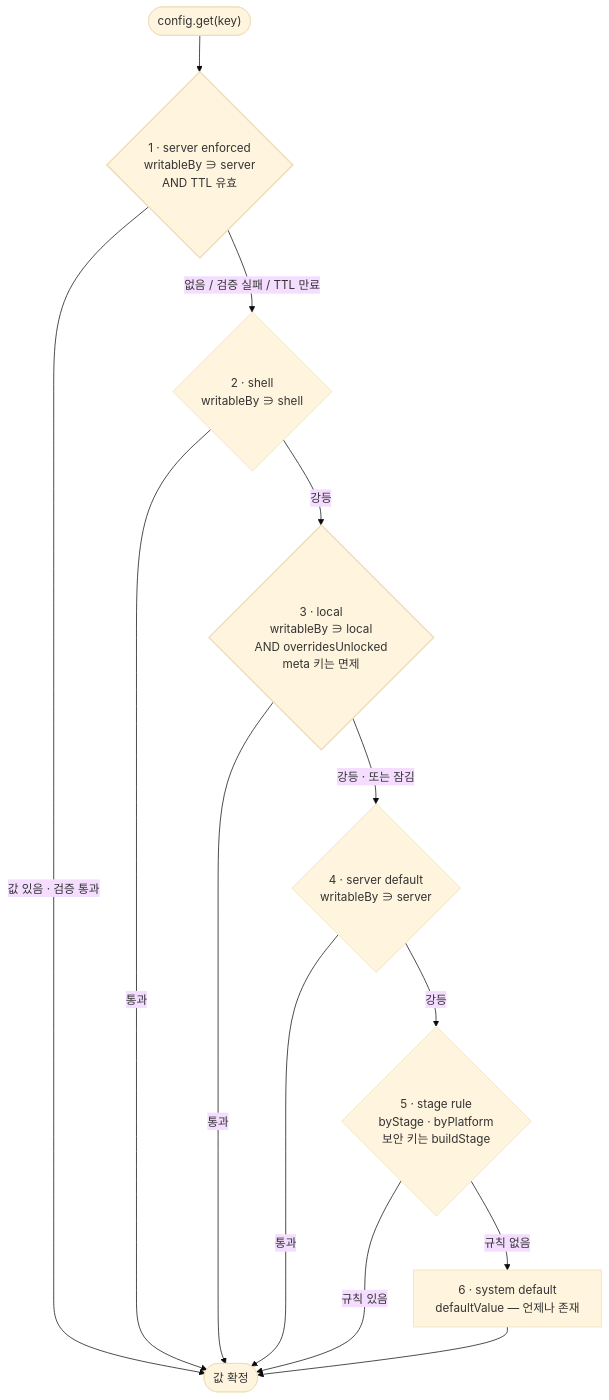
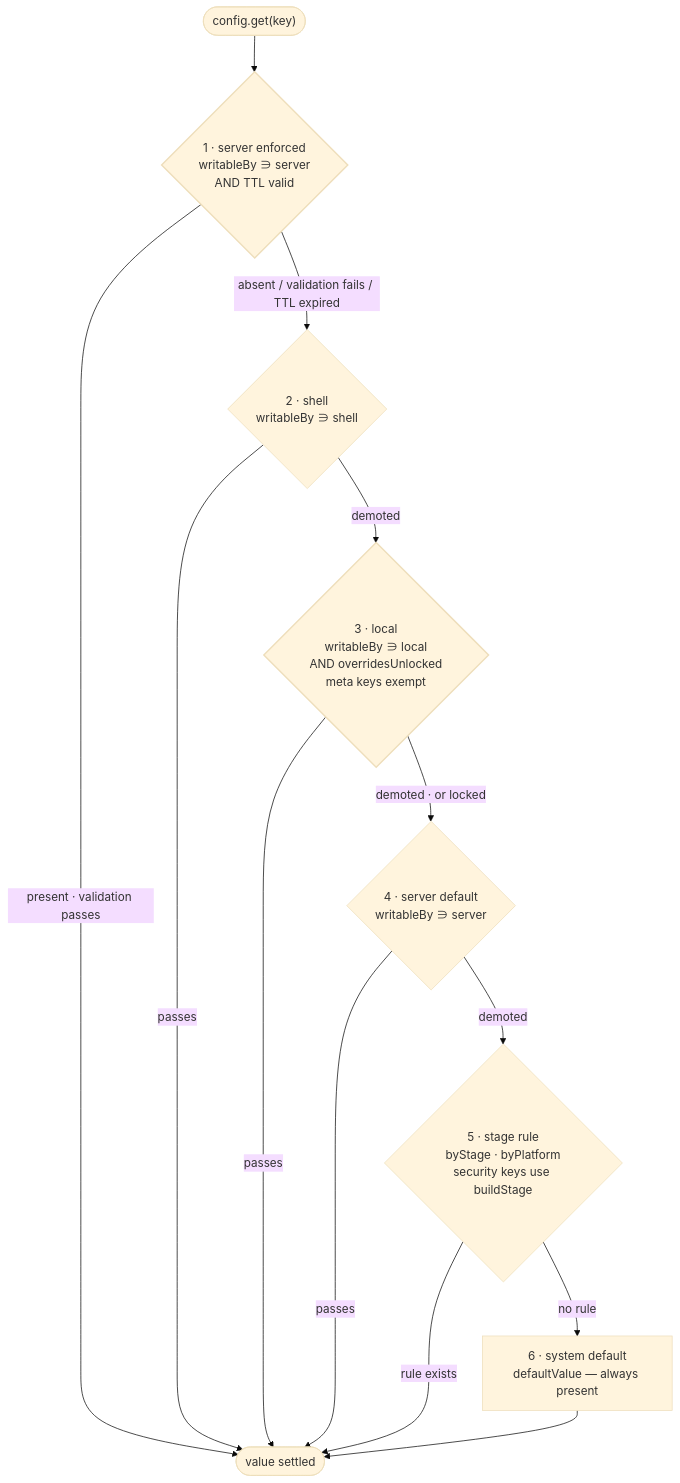
Before and after one commit to lemoncloud-io/dou-app: the second of 4 diagrams in docs/adr/0079-config-registry-and-lane-resolver.md, drawn with Mermaid (base theme). The commit also changed other lines of this file and 62 other files, not shown here.

````diff
--- a/docs/adr/0079-config-registry-and-lane-resolver.md
+++ b/docs/adr/0079-config-registry-and-lane-resolver.md
@@ -797,28 +887,28 @@
 ```mermaid
 flowchart TD
     Q(["config.get(key)"]) --> L1
 
-    L1{"1 · server enforced<br/>writableBy ∋ server<br/>AND TTL 유효"}
+    L1{"1 · server enforced<br/>writableBy ∋ server<br/>AND TTL valid"}
     L2{"2 · shell<br/>writableBy ∋ shell"}
-    L3{"3 · local<br/>writableBy ∋ local<br/>AND overridesUnlocked<br/>meta 키는 면제"}
+    L3{"3 · local<br/>writableBy ∋ local<br/>AND overridesUnlocked<br/>meta keys exempt"}
     L4{"4 · server default<br/>writableBy ∋ server"}
-    L5{"5 · stage rule<br/>byStage · byPlatform<br/>보안 키는 buildStage"}
-    L6["6 · system default<br/>defaultValue — 언제나 존재"]
+    L5{"5 · stage rule<br/>byStage · byPlatform<br/>security keys use buildStage"}
+    L6["6 · system default<br/>defaultValue — always present"]
 
-    V(["값 확정"])
+    V(["value settled"])
 
-    L1 -->|"값 있음 · 검증 통과"| V
-    L1 -->|"없음 / 검증 실패 / TTL 만료"| L2
-    L2 -->|"통과"| V
-    L2 -->|"강등"| L3
-    L3 -->|"통과"| V
-    L3 -->|"강등 · 또는 잠김"| L4
-    L4 -->|"통과"| V
-    L4 -->|"강등"| L5
-    L5 -->|"규칙 있음"| V
-    L5 -->|"규칙 없음"| L6
+    L1 -->|"present · validation passes"| V
+    L1 -->|"absent / validation fails / TTL expired"| L2
+    L2 -->|"passes"| V
+    L2 -->|"demoted"| L3
+    L3 -->|"passes"| V
+    L3 -->|"demoted · or locked"| L4
+    L4 -->|"passes"| V
+    L4 -->|"demoted"| L5
+    L5 -->|"rule exists"| V
+    L5 -->|"no rule"| L6
     L6 --> V
 
     style L1 stroke-width:2px
     style L3 stroke-width:2px
 ```
````
